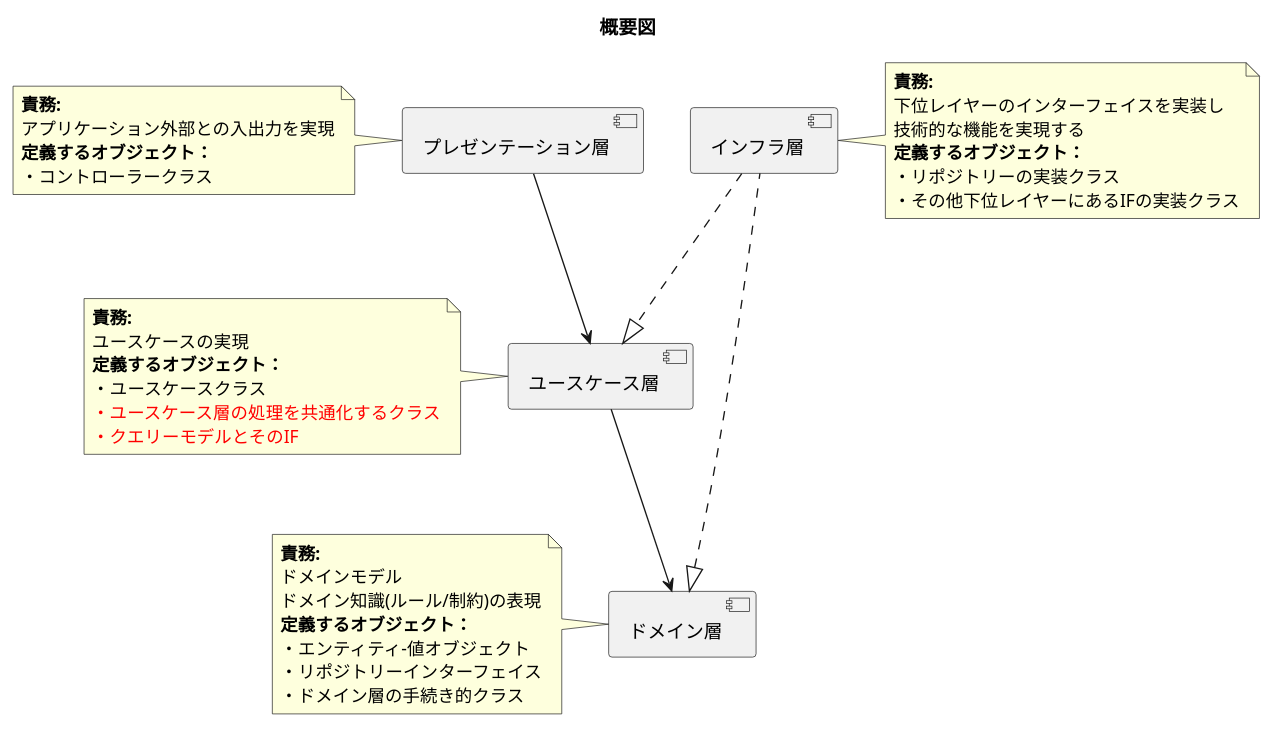
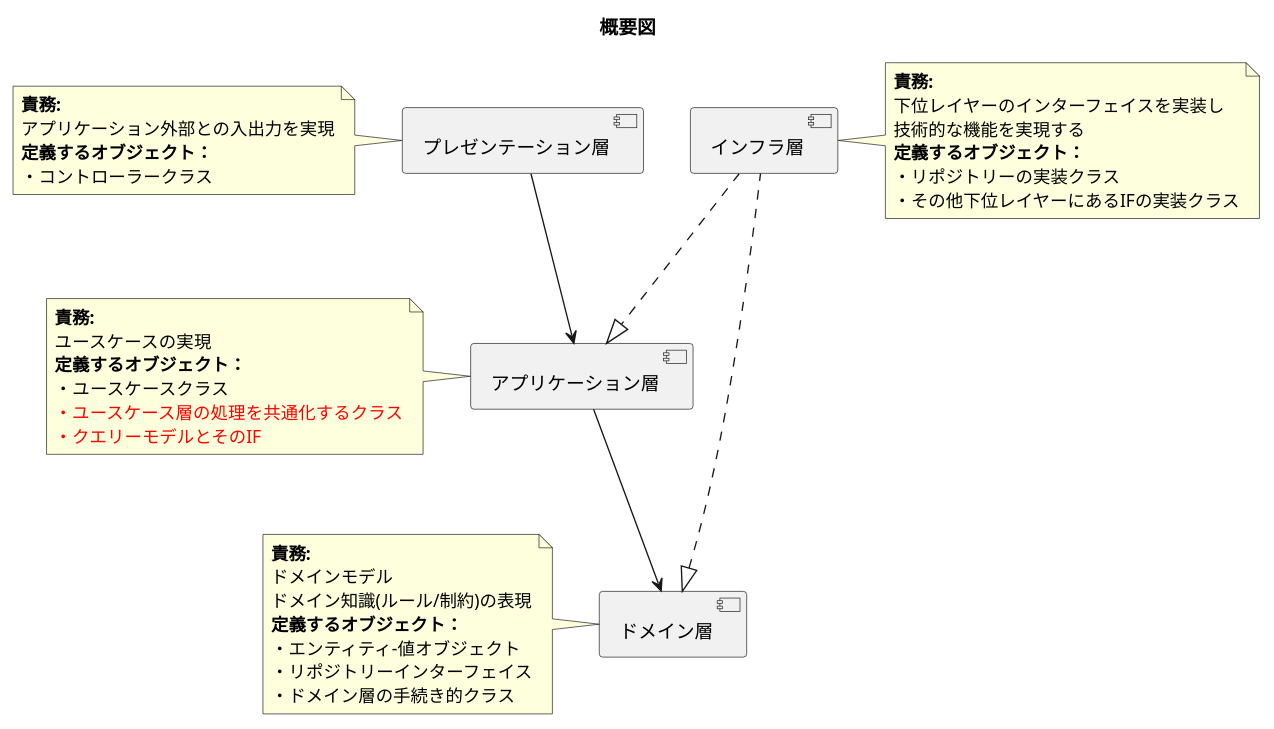
Before and after one commit to mizo432/project-template: the diagram in docs/standard/architecture/layer.md, drawn with PlantUML. The commit also changed other lines of this file and 2 other files, not shown here.

Commit message:
#71 用語一覧を表示する

````diff
--- a/docs/standard/architecture/layer.md
+++ b/docs/standard/architecture/layer.md
@@ -3,50 +4,50 @@
 ```puml
 @startuml
 title 概要図
 together {
 component [プレゼンテーション層] as Comp1
 component [インフラ層] as Comp2
 note left of Comp1
   <b>責務:</b>
   アプリケーション外部との入出力を実現
   <b>定義するオブジェクト：</b>
   ・コントローラークラス
 end note
 note right of Comp2
   <b>責務:</b>
   下位レイヤーのインターフェイスを実装し
   技術的な機能を実現する
   <b>定義するオブジェクト：</b>
   ・リポジトリーの実装クラス
   ・その他下位レイヤーにあるIFの実装クラス
 end note
 
 }
-component [ユースケース層] as Comp3
+component [アプリケーション層] as Comp3
 component [ドメイン層] as Comp4
 Comp1 -[hidden] Comp2
 Comp1 --> Comp3
 Comp2 ..|> Comp3 
 Comp4 <|.. Comp2
 Comp3 --> Comp4
 
 note left of Comp3
   <b>責務:</b>
   ユースケースの実現
   <b>定義するオブジェクト：</b>
   ・ユースケースクラス
   <color:red>・ユースケース層の処理を共通化するクラス</color>
   <color:red>・クエリーモデルとそのIF</color>
 end note
 note left of Comp4
   <b>責務:</b>
   ドメインモデル
   ドメイン知識(ルール/制約)の表現
   <b>定義するオブジェクト：</b>
   ・エンティティ-値オブジェクト
   ・リポジトリーインターフェイス
   ・ドメイン層の手続き的クラス
 end note
  
 @enduml
 ```
````
